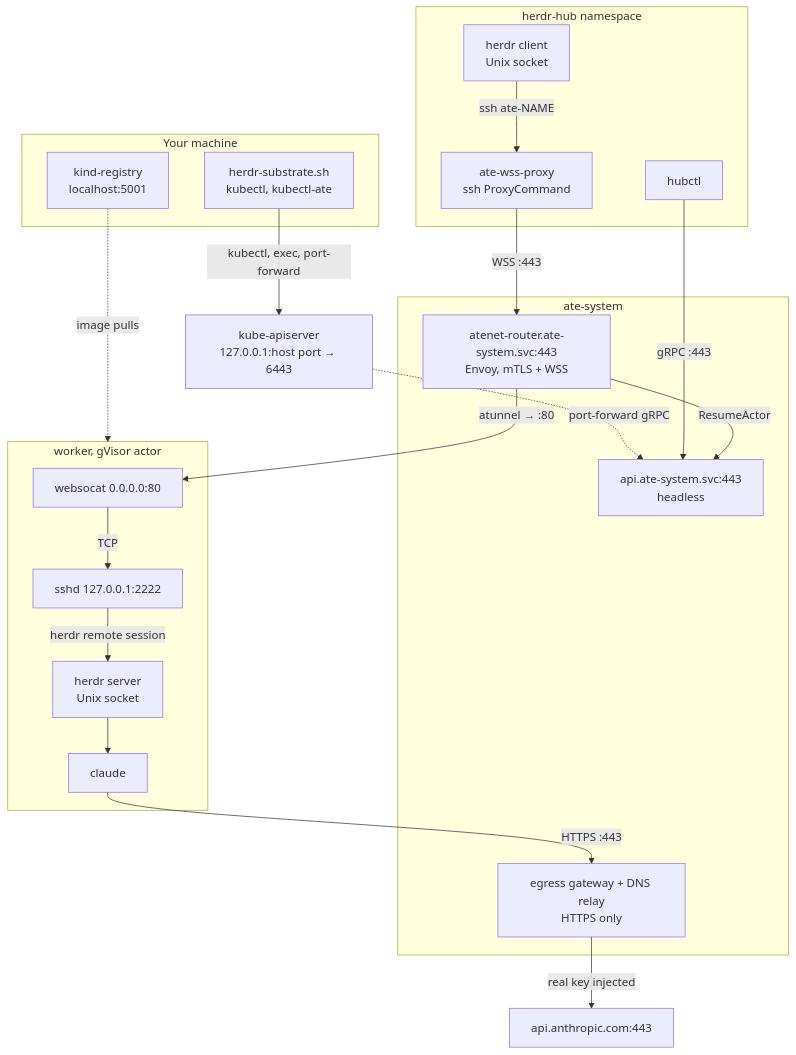
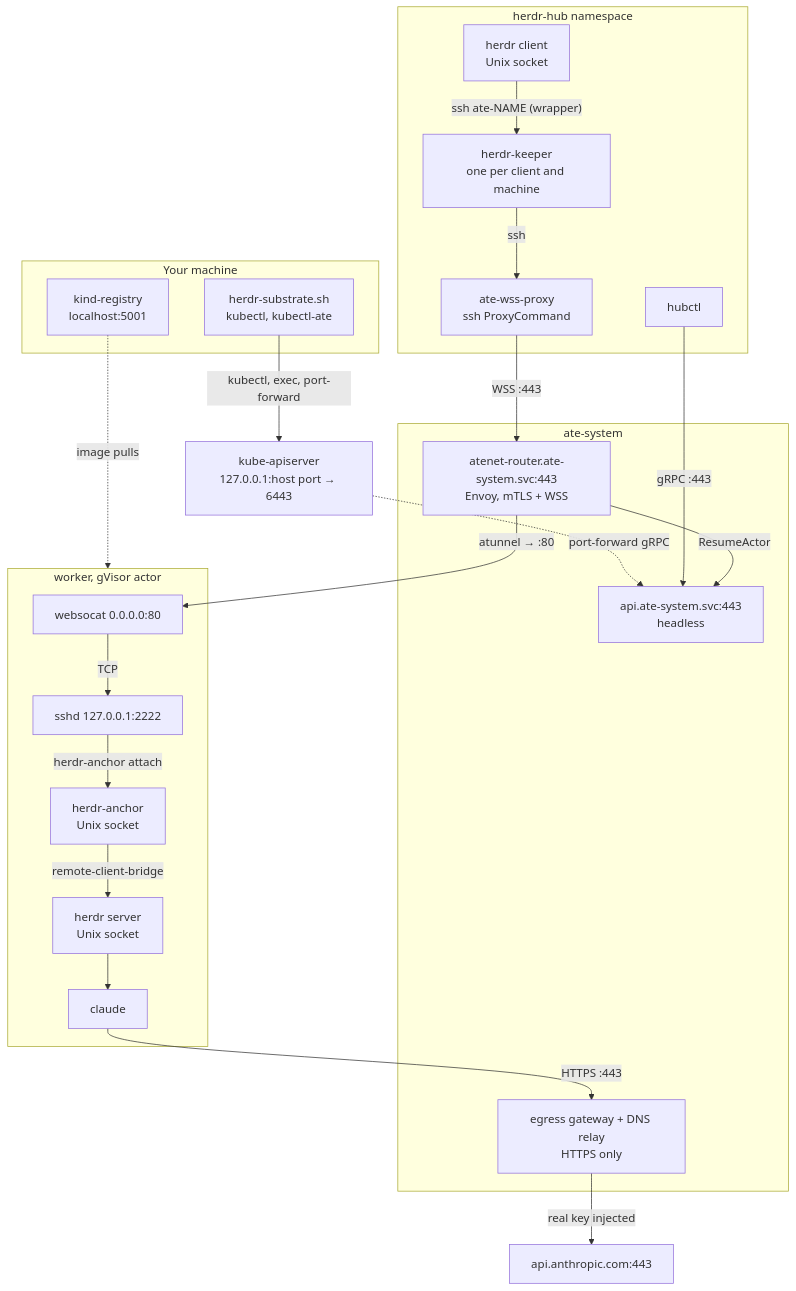
The sixth of 17 diagrams in README.md (danaschwanden/herdr-agent-substrate), drawn with Mermaid before and after one commit. The commit also changed other lines of this file and 15 other files, not shown here.

Commit message:
Introduces herdr-keeper to optimise agent lifecycle

````diff
--- a/README.md
+++ b/README.md
@@ -585,44 +647,48 @@
 ```mermaid
 flowchart TB
   subgraph laptop["Your machine"]
     SH["herdr-substrate.sh<br/>kubectl, kubectl-ate"]
     REG["kind-registry<br/>localhost:5001"]
   end
 
   KAPI["kube-apiserver<br/>127.0.0.1:host port → 6443"]
 
   subgraph hubns["herdr-hub namespace"]
     HC["herdr client<br/>Unix socket"]
+    KP["herdr-keeper<br/>one per client and machine"]
     PX["ate-wss-proxy<br/>ssh ProxyCommand"]
     HCTL["hubctl"]
   end
 
   subgraph ate["ate-system"]
     RTR["atenet-router.ate-system.svc:443<br/>Envoy, mTLS + WSS"]
     APISVC["api.ate-system.svc:443<br/>headless"]
     EGW["egress gateway + DNS relay<br/>HTTPS only"]
   end
 
   subgraph worker["worker, gVisor actor"]
     WS["websocat 0.0.0.0:80"]
     SSHD["sshd 127.0.0.1:2222"]
+    AN["herdr-anchor<br/>Unix socket"]
     HS["herdr server<br/>Unix socket"]
     CL["claude"]
   end
 
   ANT["api.anthropic.com:443"]
 
   SH -- "kubectl, exec, port-forward" --> KAPI
   KAPI -. "port-forward gRPC" .-> APISVC
   REG -. "image pulls" .-> worker
-  HC -- "ssh ate-NAME" --> PX
+  HC -- "ssh ate-NAME (wrapper)" --> KP
+  KP -- "ssh" --> PX
   PX -- "WSS :443" --> RTR
   HCTL -- "gRPC :443" --> APISVC
   RTR -- "ResumeActor" --> APISVC
   RTR -- "atunnel → :80" --> WS
   WS -- "TCP" --> SSHD
-  SSHD -- "herdr remote session" --> HS
+  SSHD -- "herdr-anchor attach" --> AN
+  AN -- "remote-client-bridge" --> HS
   HS --> CL
   CL -- "HTTPS :443" --> EGW
   EGW -- "real key injected" --> ANT
 ```
````
